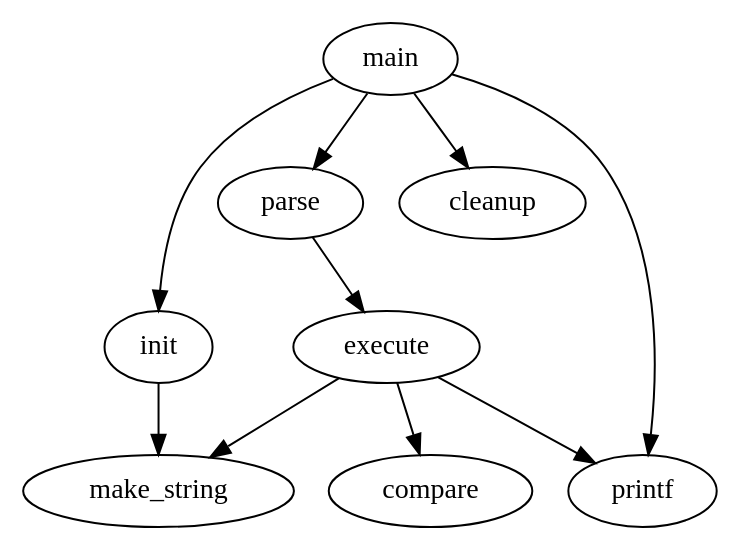
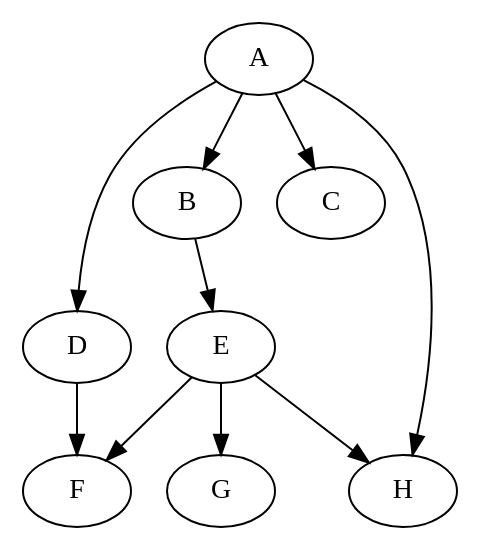
The diagram in ha-org.org (howardabrams/hamacs), drawn with Graphviz before and after one commit. The commit also changed other lines of this file and 15 other files, not shown here.

```diff
--- a/ha-org.org
+++ b/ha-org.org
@@ -304,12 +304,12 @@
-#+BEGIN_SRC dot :file ha-org-graphviz-example.png
+#+BEGIN_SRC dot :file ha-org-graphviz-example.png :exports file :results replace file
   digraph G {
-    main -> parse -> execute;
-    main -> init;
-    main -> cleanup;
-    execute -> make_string;
-    execute -> printf
-    init -> make_string;
-    main -> printf;
-    execute -> compare;
+    A -> B -> E;
+    A -> D;
+    A -> C;
+    E -> F;
+    E -> H
+    D -> F;
+    A -> H;
+    E -> G;
   }
 #+END_SRC
```
